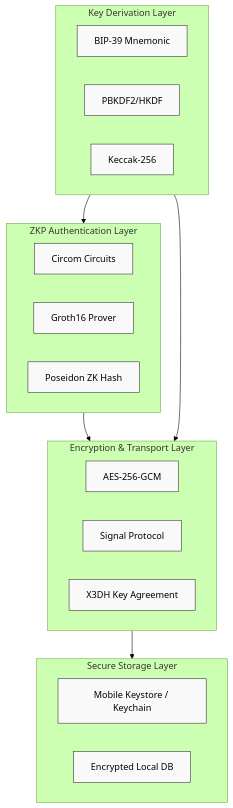
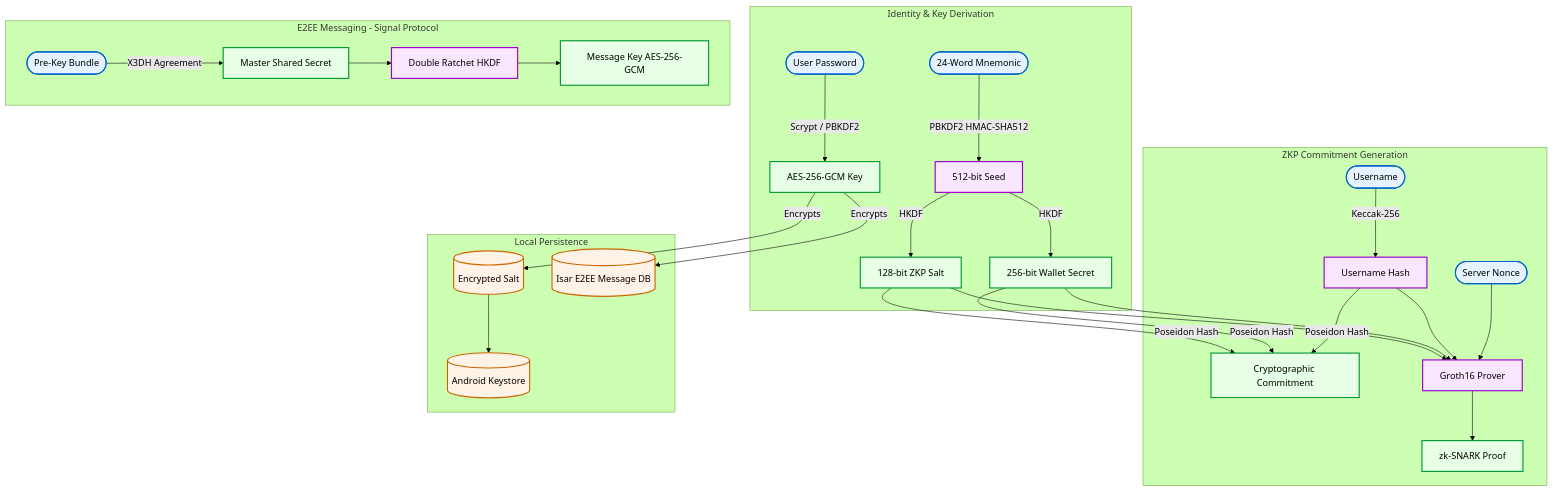
Diagram 11 of 15 in presentation_all_diagrams.md (mohammadazri/SentriZK-InternalChat), drawn with Mermaid (forest theme) before and after one commit. The commit also changed other lines of this file and 32 other files, not shown here.

Commit message:
feat: fixed homescreen and added diagram for easy presentation

````diff
--- a/presentation_all_diagrams.md
+++ b/presentation_all_diagrams.md
@@ -483,32 +483,40 @@
 ```mermaid
 flowchart TD
-    classDef default fill:#f9f9f9,stroke:#333,stroke-width:1px;
-    
-    subgraph Auth [ZKP Authentication Layer]
-        C1[Circom Circuits]
-        C2[Groth16 Prover]
-        C3[Poseidon ZK Hash]
+    classDef input fill:#e6f2ff,stroke:#0066cc,stroke-width:2px;
+    classDef process fill:#f9e6ff,stroke:#9900cc,stroke-width:2px;
+    classDef key fill:#e6ffe6,stroke:#009933,stroke-width:2px;
+    classDef storage fill:#fff2e6,stroke:#cc6600,stroke-width:2px;
+
+    subgraph Key_Derivation [Identity & Key Derivation]
+        PW([User Password]):::input
+        BIP39([24-Word Mnemonic]):::input
+        
+        BIP39 -->|PBKDF2 HMAC-SHA512| Seed[512-bit Seed]:::process
+        Seed -->|HKDF| Salt[128-bit ZKP Salt]:::key
+        Seed -->|HKDF| WalletSecret[256-bit Wallet Secret]:::key
+        
+        PW -->|Scrypt / PBKDF2| AESKey[AES-256-GCM Key]:::key
     end
 
-    subgraph Derivation [Key Derivation Layer]
-        D1[BIP-39 Mnemonic]
-        D2[PBKDF2/HKDF]
-        D3[Keccak-256]
+    subgraph ZKP_Auth [ZKP Commitment Generation]
+        Uname([Username]):::input
+        Uname -->|Keccak-256| UnameHash[Username Hash]:::process
+        
+        Salt & WalletSecret & UnameHash -->|Poseidon Hash| Commitment[Cryptographic Commitment]:::key
+        Salt & WalletSecret & UnameHash & Nonce([Server Nonce]):::input --> Groth16[Groth16 Prover]:::process
+        Groth16 --> ZKProof[zk-SNARK Proof]:::key
     end
 
-    subgraph Transport [Encryption & Transport Layer]
-        T1[AES-256-GCM]
-        T2[Signal Protocol]
-        T3[X3DH Key Agreement]
+    subgraph Transport_Encryption [E2EE Messaging - Signal Protocol]
+        PreKeys([Pre-Key Bundle]):::input
+        PreKeys -->|X3DH Agreement| MasterSecret[Master Shared Secret]:::key
+        MasterSecret --> KDF_Ratchet[Double Ratchet HKDF]:::process
+        KDF_Ratchet --> MsgKey[Message Key AES-256-GCM]:::key
     end
 
-    subgraph Secure [Secure Storage Layer]
-        S1[Mobile Keystore / Keychain]
-        S2[Encrypted Local DB]
+    subgraph Secure_Storage [Local Persistence]
+        AESKey -->|Encrypts| SaltEncrypted[(Encrypted Salt)]:::storage
+        AESKey -->|Encrypts| IsarDB[(Isar E2EE Message DB)]:::storage
+        SaltEncrypted --> AndroidKS[(Android Keystore)]:::storage
     end
-    
-    Auth --> Transport
-    Derivation --> Auth
-    Derivation --> Transport
-    Transport --> Secure
 ```
````
